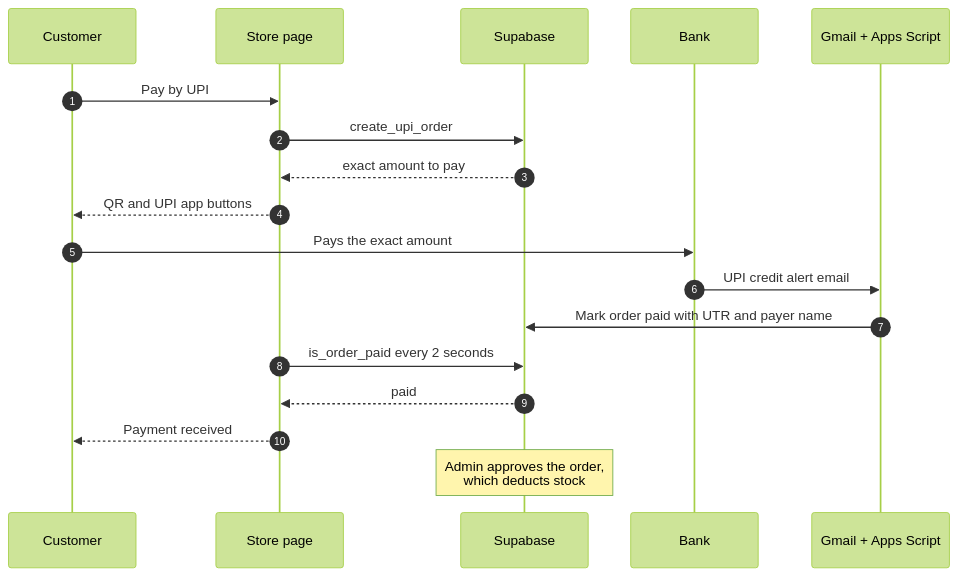
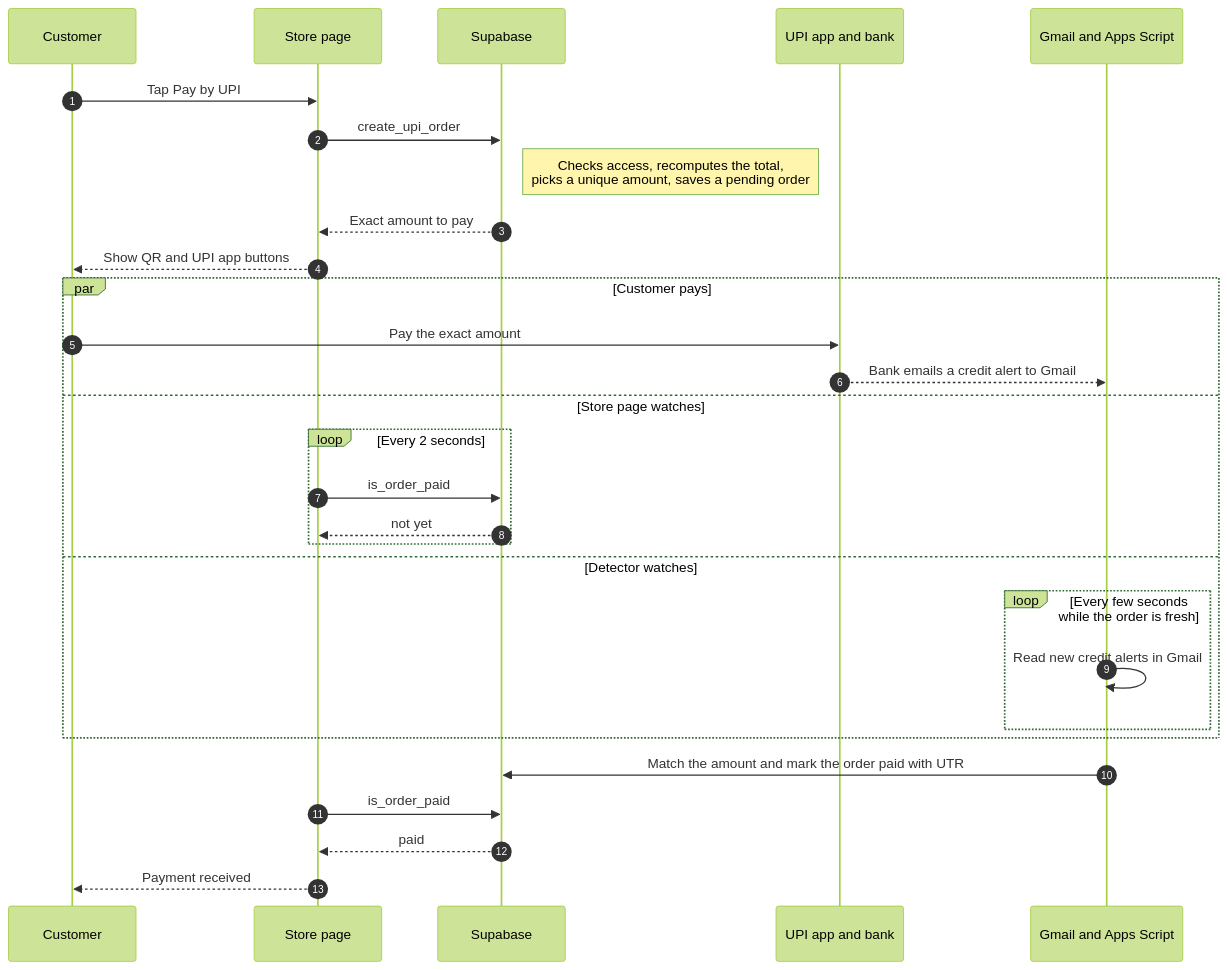
One commit to satyam-64136/My-store changed the second of 5 diagrams in README.md. Above: the diagram before and after it, drawn with Mermaid (forest theme). The commit also changed other lines of this file, not shown here.

````diff
--- a/README.md
+++ b/README.md
@@ -77,20 +79,31 @@
 ```mermaid
 sequenceDiagram
   autonumber
   participant C as Customer
   participant S as Store page
   participant DB as Supabase
-  participant B as Bank
-  participant G as Gmail + Apps Script
-  C->>S: Pay by UPI
+  participant U as UPI app and bank
+  participant G as Gmail and Apps Script
+  C->>S: Tap Pay by UPI
   S->>DB: create_upi_order
-  DB-->>S: exact amount to pay
-  S-->>C: QR and UPI app buttons
-  C->>B: Pays the exact amount
-  B->>G: UPI credit alert email
-  G->>DB: Mark order paid with UTR and payer name
-  S->>DB: is_order_paid every 2 seconds
+  Note right of DB: Checks access, recomputes the total,<br/>picks a unique amount, saves a pending order
+  DB-->>S: Exact amount to pay
+  S-->>C: Show QR and UPI app buttons
+  par Customer pays
+    C->>U: Pay the exact amount
+    U-->>G: Bank emails a credit alert to Gmail
+  and Store page watches
+    loop Every 2 seconds
+      S->>DB: is_order_paid
+      DB-->>S: not yet
+    end
+  and Detector watches
+    loop Every few seconds while the order is fresh
+      G->>G: Read new credit alerts in Gmail
+    end
+  end
+  G->>DB: Match the amount and mark the order paid with UTR
+  S->>DB: is_order_paid
   DB-->>S: paid
   S-->>C: Payment received
-  Note over DB: Admin approves the order,<br/>which deducts stock
 ```
````
